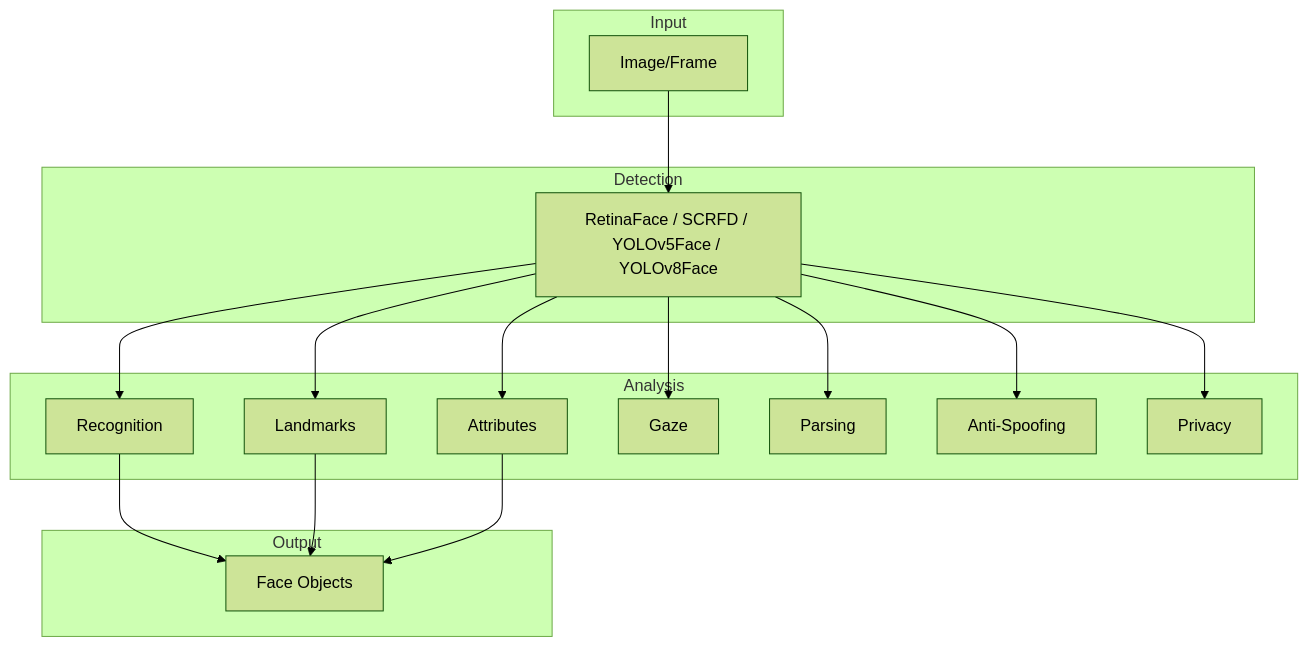
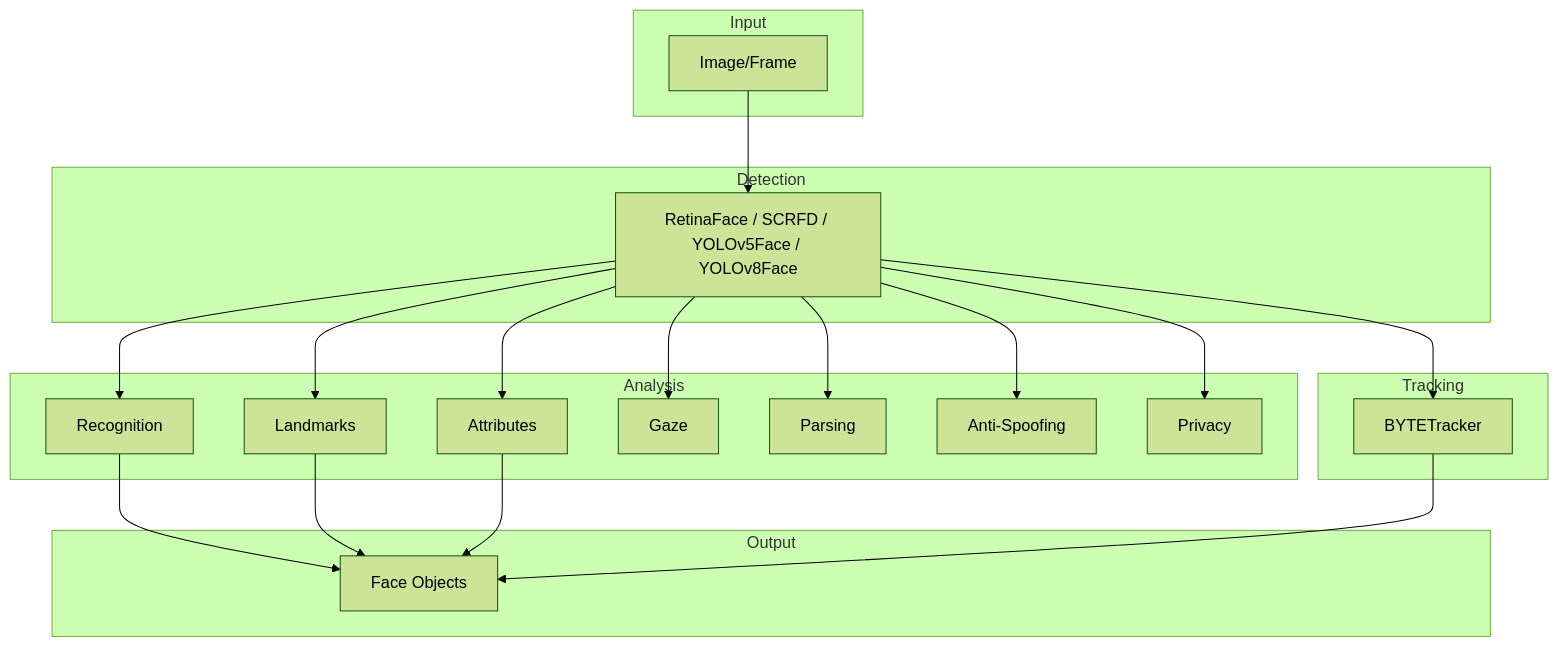
The diagram in docs/concepts/overview.md (yakhyo/uniface), drawn with Mermaid (forest theme) before and after one commit. The commit also changed other lines of this file and 69 other files, not shown here.

````diff
--- a/docs/concepts/overview.md
+++ b/docs/concepts/overview.md
@@ -11,36 +11,42 @@
 ```mermaid
 graph TB
     subgraph Input
         IMG[Image/Frame]
     end
 
     subgraph Detection
         DET[RetinaFace / SCRFD / YOLOv5Face / YOLOv8Face]
     end
 
     subgraph Analysis
         REC[Recognition]
         LMK[Landmarks]
         ATTR[Attributes]
         GAZE[Gaze]
         PARSE[Parsing]
         SPOOF[Anti-Spoofing]
         PRIV[Privacy]
     end
 
+    subgraph Tracking
+        TRK[BYTETracker]
+    end
+
     subgraph Output
         FACE[Face Objects]
     end
 
     IMG --> DET
     DET --> REC
     DET --> LMK
     DET --> ATTR
     DET --> GAZE
     DET --> PARSE
     DET --> SPOOF
     DET --> PRIV
+    DET --> TRK
     REC --> FACE
     LMK --> FACE
     ATTR --> FACE
+    TRK --> FACE
 ```
````
